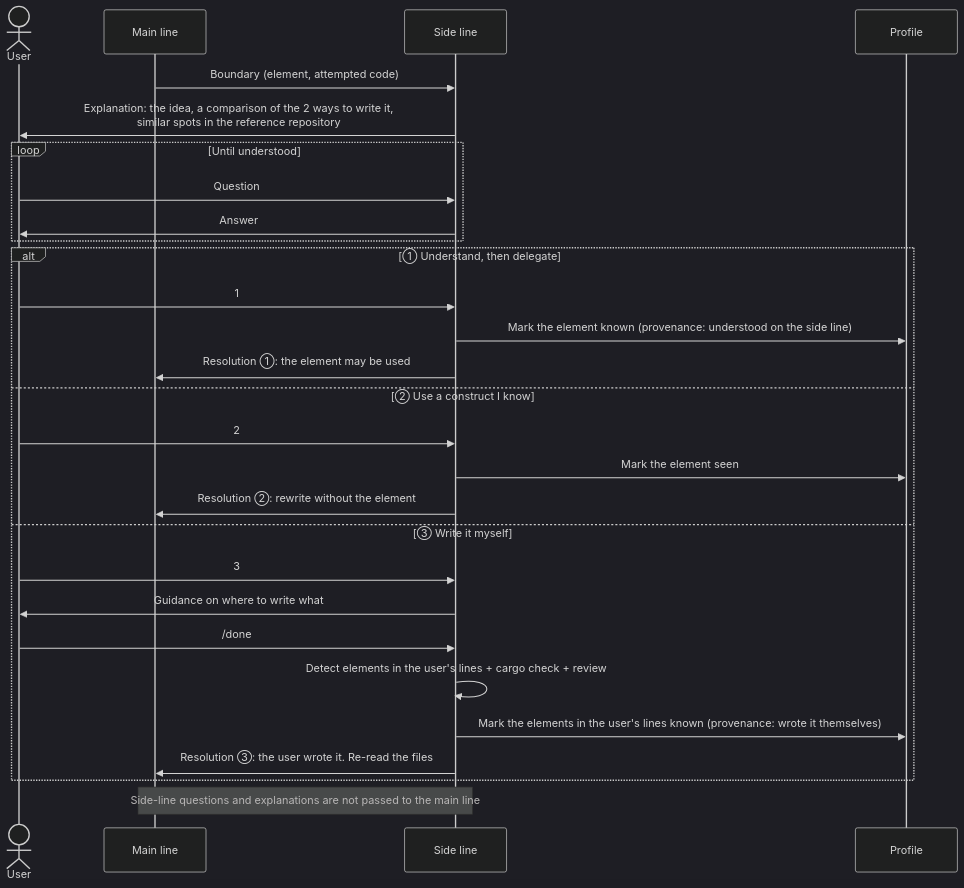
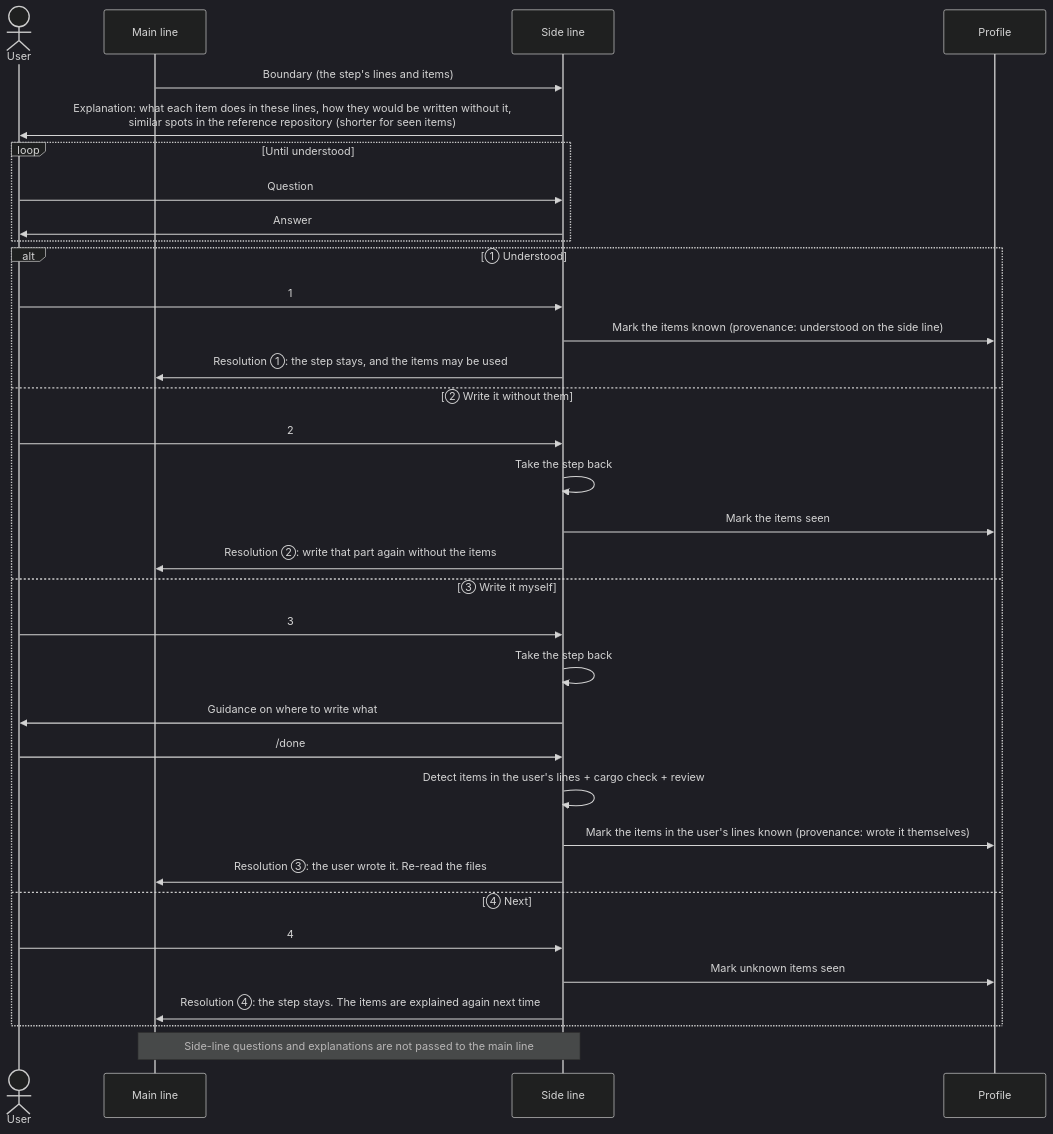
One commit to sumiredc/molt changed the fifth of 9 diagrams in PRD.md. Above: the diagram before and after it, drawn with Mermaid (dark theme). The commit also changed other lines of this file and 1 other file, not shown here.

````diff
--- a/PRD.md
+++ b/PRD.md
@@ -196,30 +200,36 @@
 ```mermaid
 sequenceDiagram
   actor U as User
   participant M as Main line
   participant S as Side line
   participant P as Profile
-  M->>S: Boundary (element, attempted code)
-  S->>U: Explanation: the idea, a comparison of the 2 ways to write it,<br/>similar spots in the reference repository
+  M->>S: Boundary (the step's lines and items)
+  S->>U: Explanation: what each item does in these lines, how they would be written without it,<br/>similar spots in the reference repository (shorter for seen items)
   loop Until understood
     U->>S: Question
     S->>U: Answer
   end
-  alt ① Understand, then delegate
+  alt ① Understood
     U->>S: 1
-    S->>P: Mark the element known (provenance: understood on the side line)
-    S->>M: Resolution ①: the element may be used
-  else ② Use a construct I know
+    S->>P: Mark the items known (provenance: understood on the side line)
+    S->>M: Resolution ①: the step stays, and the items may be used
+  else ② Write it without them
     U->>S: 2
-    S->>P: Mark the element seen
-    S->>M: Resolution ②: rewrite without the element
+    S->>S: Take the step back
+    S->>P: Mark the items seen
+    S->>M: Resolution ②: write that part again without the items
   else ③ Write it myself
     U->>S: 3
+    S->>S: Take the step back
     S->>U: Guidance on where to write what
     U->>S: /done
-    S->>S: Detect elements in the user's lines + cargo check + review
-    S->>P: Mark the elements in the user's lines known (provenance: wrote it themselves)
+    S->>S: Detect items in the user's lines + cargo check + review
+    S->>P: Mark the items in the user's lines known (provenance: wrote it themselves)
     S->>M: Resolution ③: the user wrote it. Re-read the files
+  else ④ Next
+    U->>S: 4
+    S->>P: Mark unknown items seen
+    S->>M: Resolution ④: the step stays. The items are explained again next time
   end
   Note over M,S: Side-line questions and explanations are not passed to the main line
 ```
````
